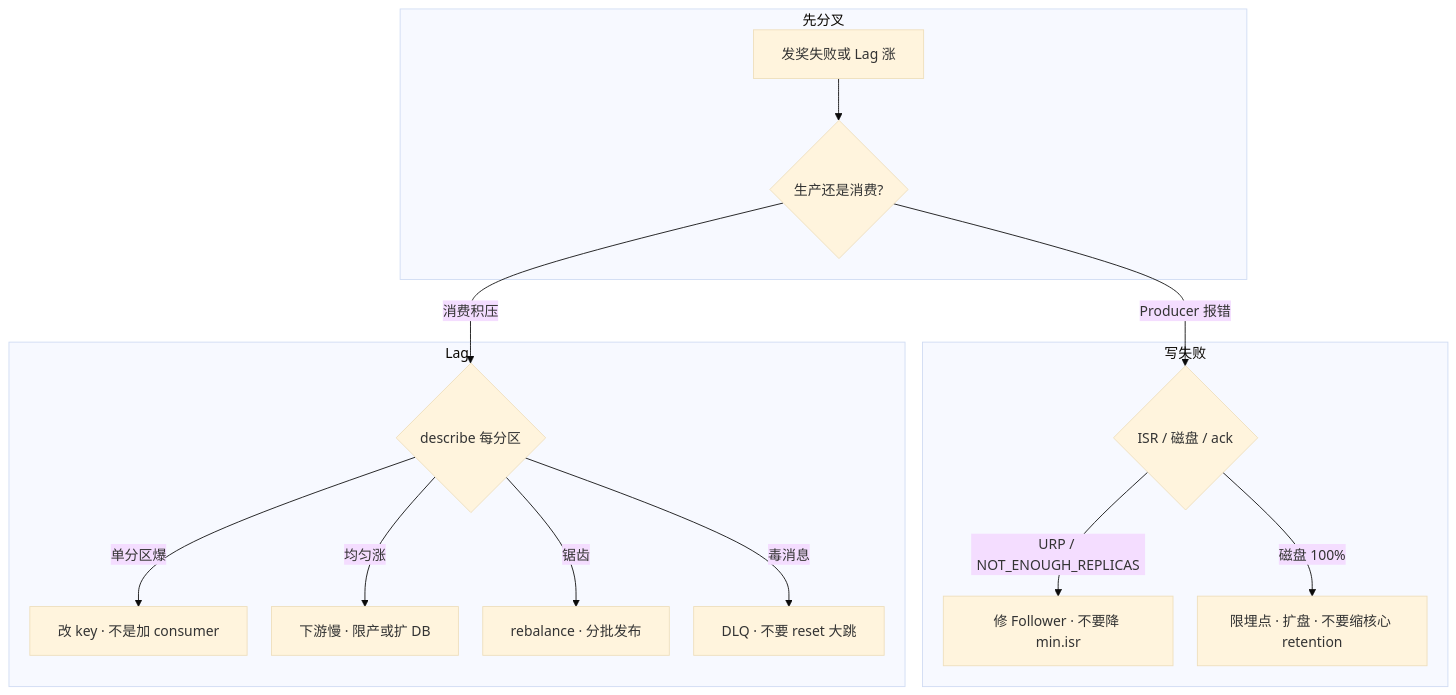
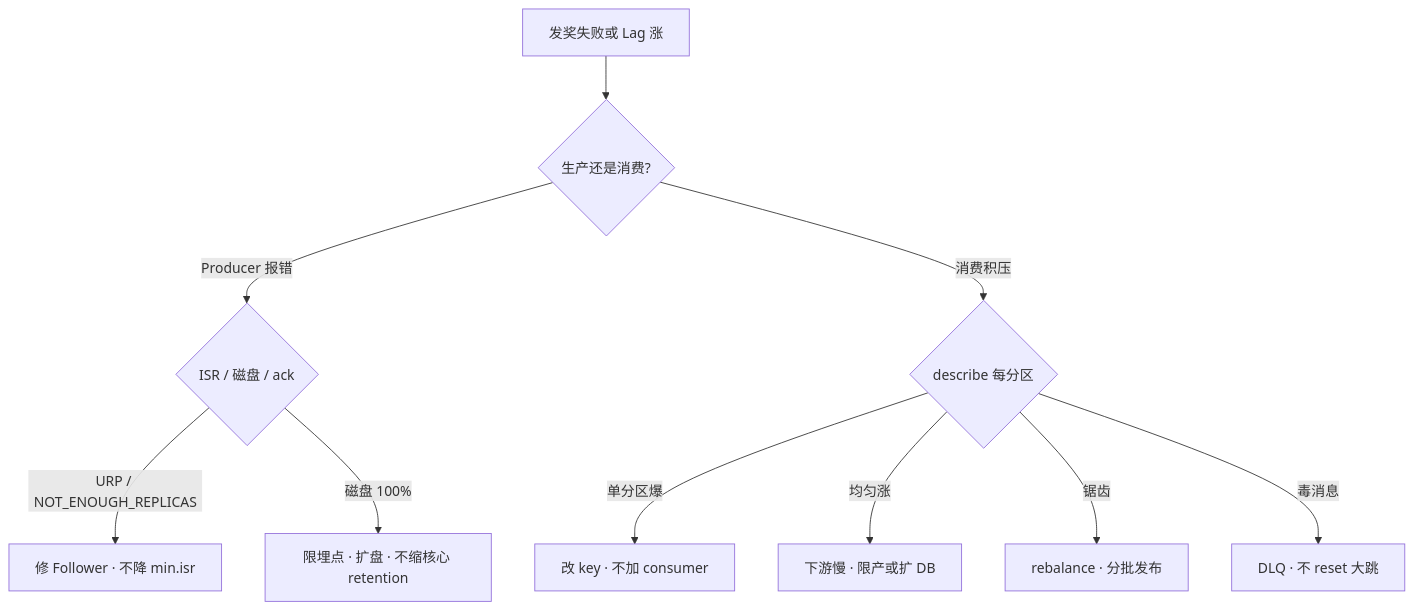
Before and after one commit to ml-cuizijun/LearnToLilith: the eighth of 8 diagrams in 02-中间件与数据库/03-Kafka/知识点.md, drawn with Mermaid. The commit also changed other lines of this file and 178 other files, not shown here.

````diff
--- a/02-中间件与数据库/03-Kafka/知识点.md
+++ b/02-中间件与数据库/03-Kafka/知识点.md
@@ -659,25 +445,12 @@
 ```mermaid
-%%{init: {"flowchart": {"padding": 16, "nodeSpacing": 28, "rankSpacing": 48}, "theme": "base"}}%%
 flowchart TB
-    subgraph gate ["先分叉"]
-        A[发奖失败或 Lag 涨] --> B{生产还是消费?}
-    end
-
-    subgraph wr ["写失败"]
-        B -->|Producer 报错| C{ISR / 磁盘 / ack}
-        C -->|URP / NOT_ENOUGH_REPLICAS| D[修 Follower · 不要降 min.isr]
-        C -->|磁盘 100%| E[限埋点 · 扩盘 · 不要缩核心 retention]
-    end
-
-    subgraph rd ["Lag"]
-        B -->|消费积压| F{describe 每分区}
-        F -->|单分区爆| G[改 key · 不是加 consumer]
-        F -->|均匀涨| H[下游慢 · 限产或扩 DB]
-        F -->|锯齿| I[rebalance · 分批发布]
-        F -->|毒消息| J[DLQ · 不要 reset 大跳]
-    end
-
-    class D,G,H ok
-    class E,J bad
-
+    A["发奖失败或 Lag 涨"] --> B{"生产还是消费?"}
+    B -->|Producer 报错| C{"ISR / 磁盘 / ack"}
+    C -->|URP / NOT_ENOUGH_REPLICAS| D["修 Follower · 不降 min.isr"]
+    C -->|磁盘 100%| E["限埋点 · 扩盘 · 不缩核心 retention"]
+    B -->|消费积压| F{"describe 每分区"}
+    F -->|单分区爆| G["改 key · 不加 consumer"]
+    F -->|均匀涨| H["下游慢 · 限产或扩 DB"]
+    F -->|锯齿| I["rebalance · 分批发布"]
+    F -->|毒消息| J["DLQ · 不 reset 大跳"]
 ```
````
